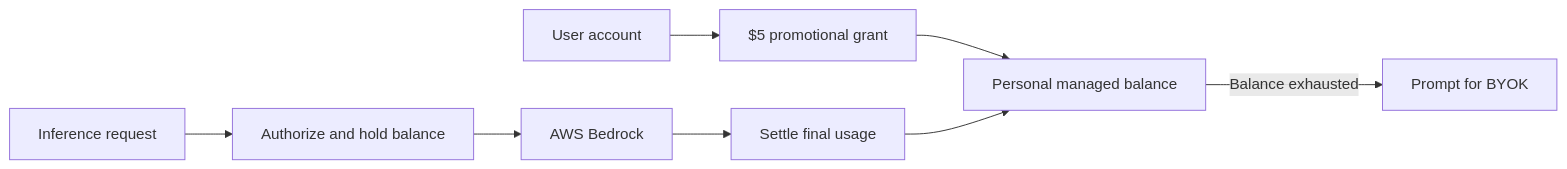
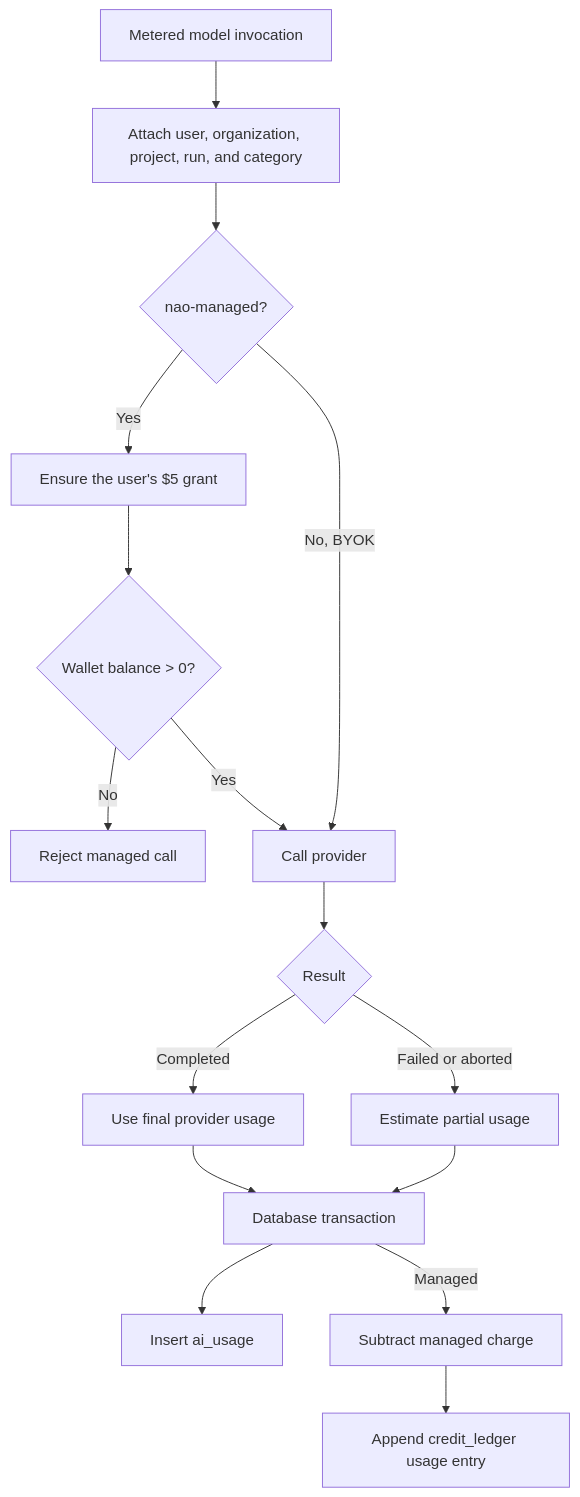
One commit to getnao/nao changed the fourth of 5 diagrams in nao-managed-ai-credits.md. Above: the diagram before and after it, drawn with Mermaid. The commit also changed other lines of this file and 49 other files, not shown here.

First line of the commit message:
feat: add organization-managed AI credits

````diff
--- a/nao-managed-ai-credits.md
+++ b/nao-managed-ai-credits.md
@@ -142,10 +144,28 @@
 ```mermaid
-flowchart LR
-    user["User account"] --> grant["$5 promotional grant"]
-    grant --> ledger["Personal managed balance"]
-    request["Inference request"] --> hold["Authorize and hold balance"]
-    hold --> provider["AWS Bedrock"]
-    provider --> settle["Settle final usage"]
-    settle --> ledger
-    ledger -->|"Balance exhausted"| byok["Prompt for BYOK"]
+flowchart TB
+    request["Metered model invocation"]
+    context["Attach user, organization, project, run, and category"]
+    managed{"nao-managed?"}
+    grant["Ensure the user's $5 grant"]
+    balance{"Wallet balance > 0?"}
+    provider["Call provider"]
+    result{"Result"}
+    exact["Use final provider usage"]
+    estimate["Estimate partial usage"]
+    transaction["Database transaction"]
+    usage["Insert ai_usage"]
+    charge["Subtract managed charge"]
+    ledger["Append credit_ledger usage entry"]
+    blocked["Reject managed call"]
+
+    request --> context --> managed
+    managed -->|Yes| grant --> balance
+    balance -->|No| blocked
+    balance -->|Yes| provider
+    managed -->|No, BYOK| provider
+    provider --> result
+    result -->|Completed| exact --> transaction
+    result -->|Failed or aborted| estimate --> transaction
+    transaction --> usage
+    transaction -->|Managed| charge --> ledger
 ```
````
